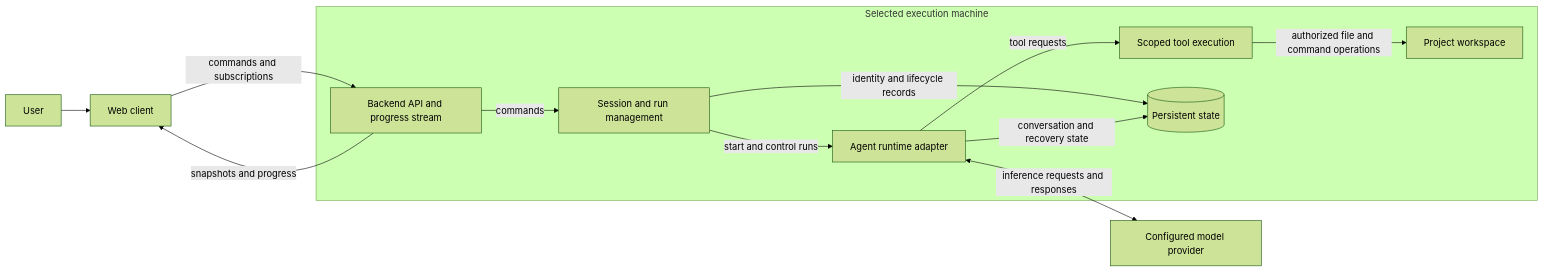
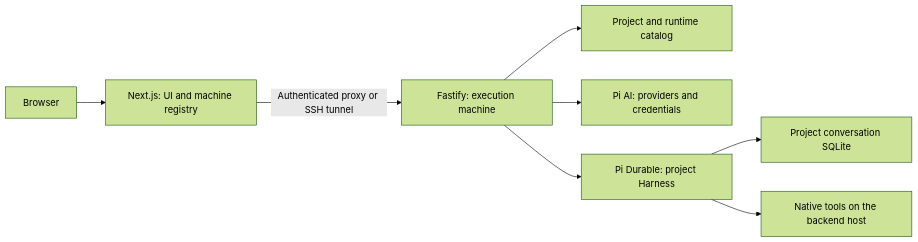
Before and after one commit to HYP3R00T/console: the diagram in docs/architecture.md, drawn with Mermaid (forest theme). The commit also changed other lines of this file and 10 other files, not shown here.

````diff
--- a/docs/architecture.md
+++ b/docs/architecture.md
@@ -18,21 +11,10 @@
 ```mermaid
 flowchart LR
-    User[User] --> Web[Web client]
-    subgraph Host[Selected execution machine]
-        API[Backend API and progress stream]
-        Sessions[Session and run management]
-        Runtime[Agent runtime adapter]
-        Tools[Scoped tool execution]
-        Store[(Persistent state)]
-        Workspace[Project workspace]
-        API -->|commands| Sessions
-        Sessions -->|start and control runs| Runtime
-        Runtime -->|tool requests| Tools
-        Tools -->|authorized file and command operations| Workspace
-        Sessions -->|identity and lifecycle records| Store
-        Runtime -->|conversation and recovery state| Store
-    end
-    Web -->|commands and subscriptions| API
-    API -->|snapshots and progress| Web
-    Runtime <-->|inference requests and responses| Provider[Configured model provider]
+    Browser[Browser] --> Web[Next.js: UI and machine registry]
+    Web -->|Authenticated proxy or SSH tunnel| API[Fastify: execution machine]
+    API --> Catalog[Project and runtime catalog]
+    API --> Providers[Pi AI: providers and credentials]
+    API --> Harness[Pi Durable: project Harness]
+    Harness --> Storage[Project conversation SQLite]
+    Harness --> Tools[Native tools on the backend host]
 ```
````
